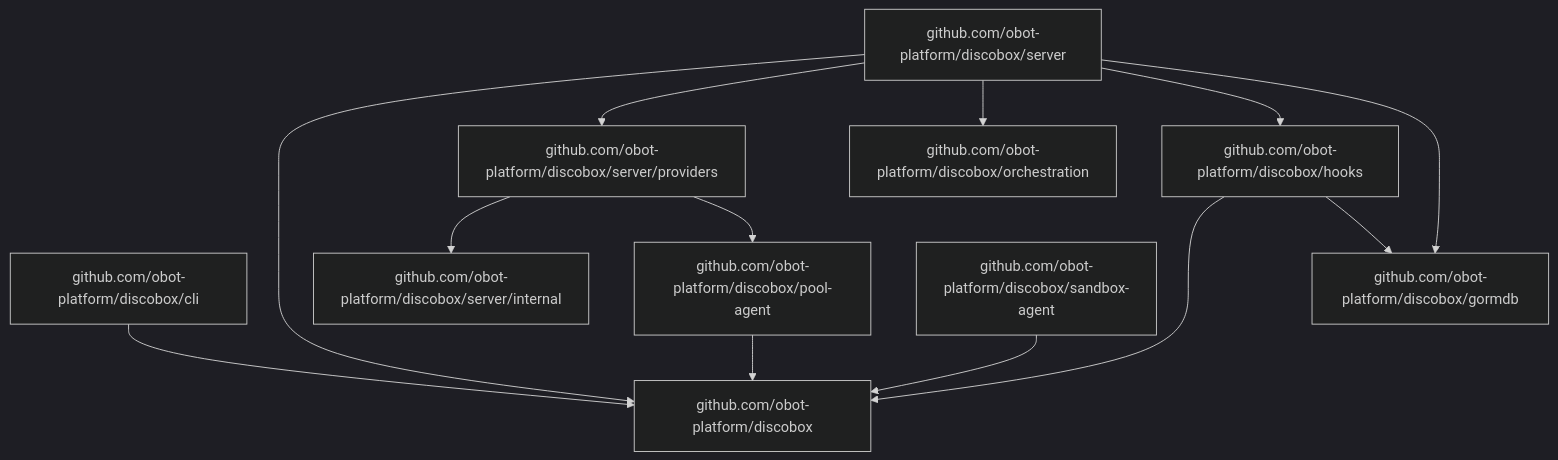
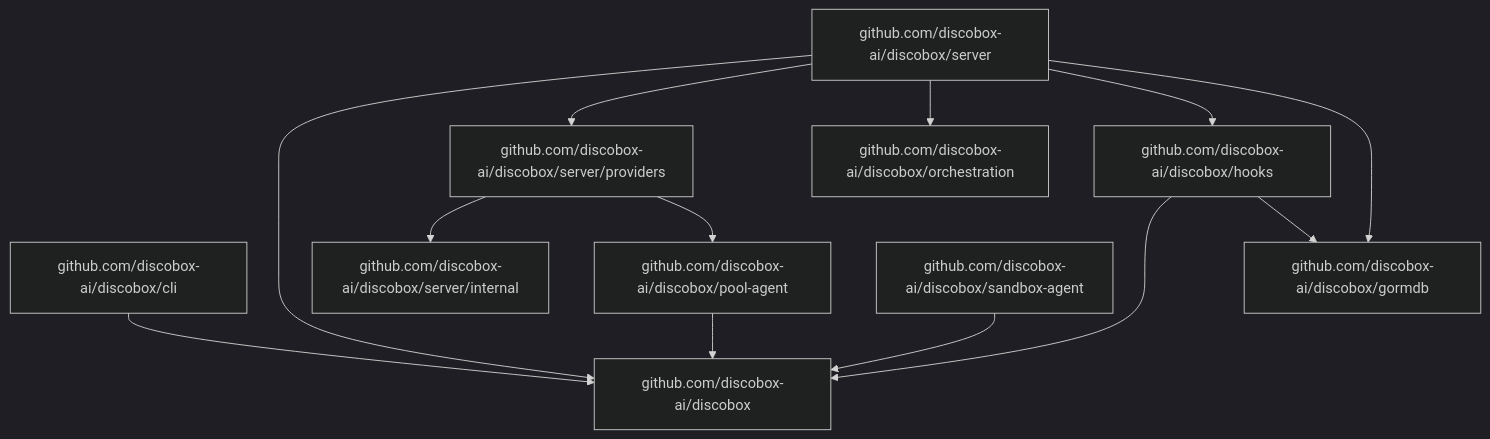
Before and after one commit to discobox-ai/discobox: the second of 2 diagrams in DESIGN.md, drawn with Mermaid (dark theme). The commit also changed 527 other files, not shown here.

First line of the commit message:
refactor!: move the module path to github.com/discobox-ai/discobox

````diff
--- a/DESIGN.md
+++ b/DESIGN.md
@@ -83,15 +83,15 @@
 ```mermaid
 flowchart TD
-    cli["github.com/obot-platform/discobox/cli"] --> root["github.com/obot-platform/discobox"]
-    server["github.com/obot-platform/discobox/server"] --> root
-    server --> providers["github.com/obot-platform/discobox/server/providers"]
-    server --> orchestration["github.com/obot-platform/discobox/orchestration"]
-    server --> hooks["github.com/obot-platform/discobox/hooks"]
-    server --> gormdb["github.com/obot-platform/discobox/gormdb"]
+    cli["github.com/discobox-ai/discobox/cli"] --> root["github.com/discobox-ai/discobox"]
+    server["github.com/discobox-ai/discobox/server"] --> root
+    server --> providers["github.com/discobox-ai/discobox/server/providers"]
+    server --> orchestration["github.com/discobox-ai/discobox/orchestration"]
+    server --> hooks["github.com/discobox-ai/discobox/hooks"]
+    server --> gormdb["github.com/discobox-ai/discobox/gormdb"]
     hooks --> root
     hooks --> gormdb
-    providers --> serverInternal["github.com/obot-platform/discobox/server/internal"]
-    providers --> poolAgent["github.com/obot-platform/discobox/pool-agent"]
+    providers --> serverInternal["github.com/discobox-ai/discobox/server/internal"]
+    providers --> poolAgent["github.com/discobox-ai/discobox/pool-agent"]
     poolAgent --> root
-    sandboxAgent["github.com/obot-platform/discobox/sandbox-agent"] --> root
+    sandboxAgent["github.com/discobox-ai/discobox/sandbox-agent"] --> root
 ```
````
